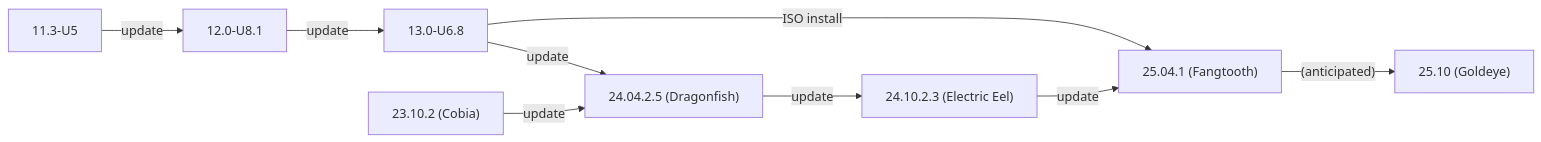
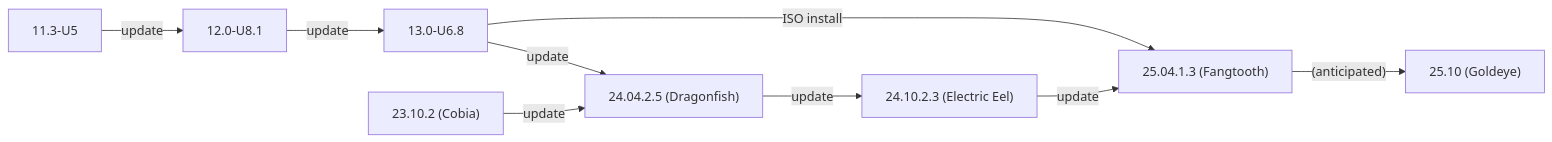
Before and after one commit to truenas/documentation: the second of 2 diagrams in static/includes/SCALEUpgradePaths.md, drawn with Mermaid. The commit also changed other lines of this file, not shown here.

```diff
--- a/static/includes/SCALEUpgradePaths.md
+++ b/static/includes/SCALEUpgradePaths.md
@@ -80,12 +80,12 @@
           {{< mermaid class="mermaid_sizing" >}}
           flowchart LR
             A["11.3-U5"] -->|update| B
             B["12.0-U8.1"] -->|update| C
             C["13.0-U6.8"] -->|ISO install| G
             C -->|update| E
             D["23.10.2 (Cobia)"] -->|update| E
             E["24.04.2.5 (Dragonfish)"]  -->|update| F
             F["24.10.2.3 (Electric Eel)"] -->|update| G
-            G["25.04.1 (Fangtooth)"] -->|"(anticipated)"| H
+            G["25.04.1.3 (Fangtooth)"] -->|"(anticipated)"| H
             H["25.10 (Goldeye)"]
           {{< /mermaid >}}
```
